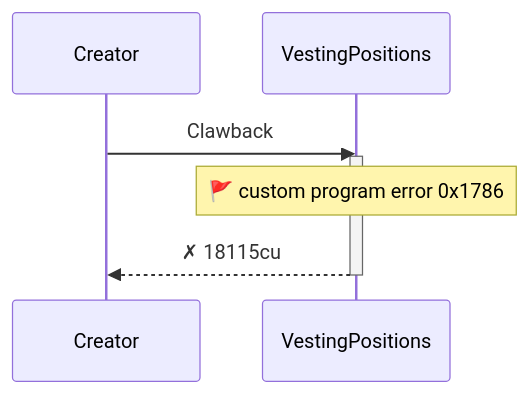
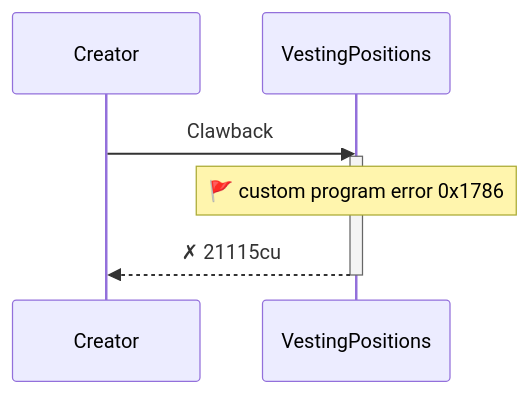
One commit to cds-turbin3/vesting-position changed the seventh of 9 diagrams in babelfish-tests/test-report/clawback_before_grace_fails.md. Above: the diagram before and after it, drawn with Mermaid. The commit also changed other lines of this file and 106 other files, not shown here.

````diff
--- a/babelfish-tests/test-report/clawback_before_grace_fails.md
+++ b/babelfish-tests/test-report/clawback_before_grace_fails.md
@@ -369,10 +381,10 @@
 ```mermaid
 sequenceDiagram
     participant p0 as Creator
     participant p1 as VestingPositions
     p0->>p1: Clawback
     activate p1
     note over p1: 🚩 custom program error  0x1786
-    p1-->>p0: ✗ 18115cu
+    p1-->>p0: ✗ 21115cu
     deactivate p1
 ```
````
